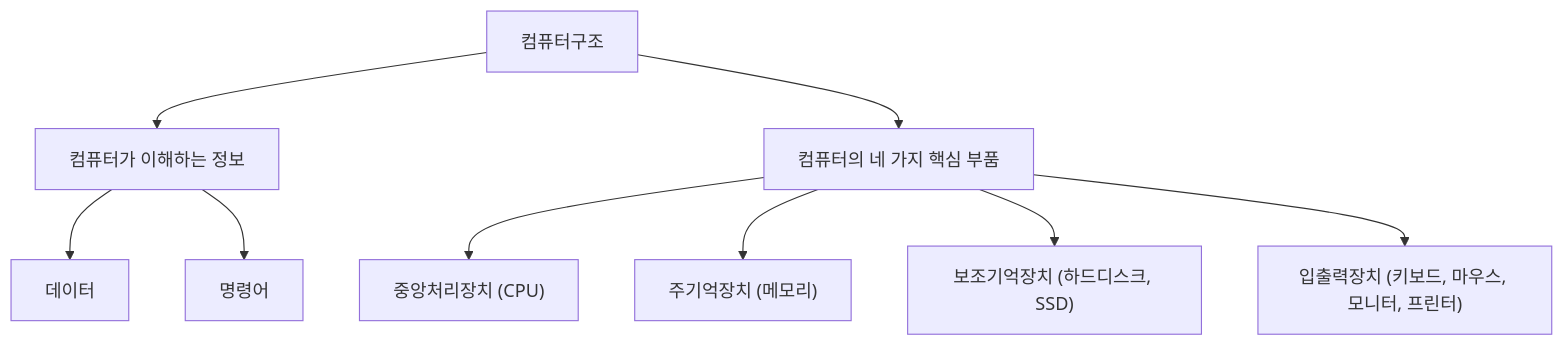
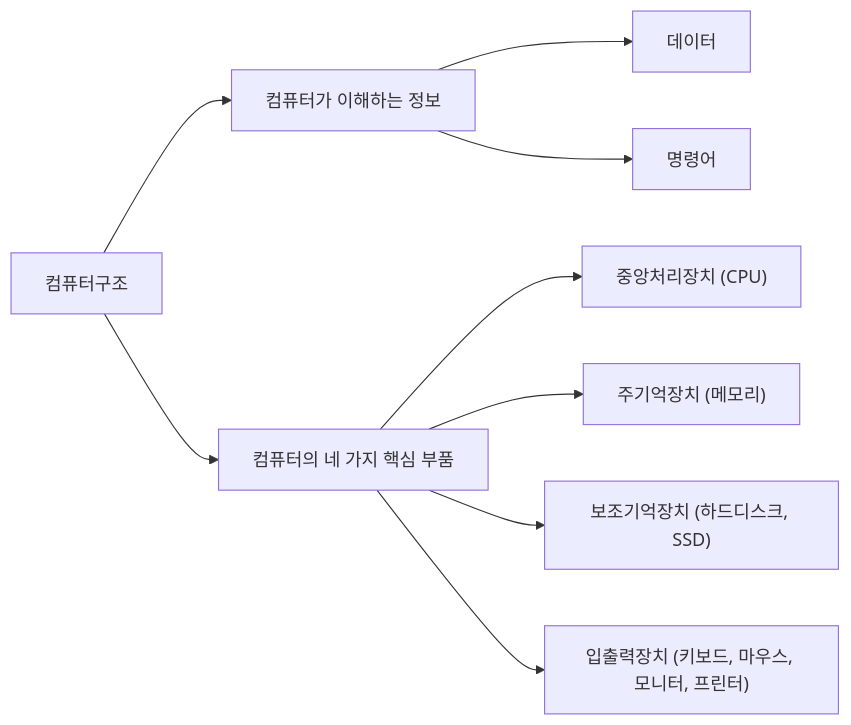
Before and after one commit to Hosung99/CSStudy: the third of 3 diagrams in CA/Chapter1/sungho.md, drawn with Mermaid. The commit also changed other lines of this file, not shown here.

````diff
--- a/CA/Chapter1/sungho.md
+++ b/CA/Chapter1/sungho.md
@@ -52,11 +52,11 @@
 ```mermaid
-graph TD
+graph LR
     A[컴퓨터구조]-->B[컴퓨터가 이해하는 정보]
 	B-->D[데이터]
 	B-->E[명령어]
     A-->C[컴퓨터의 네 가지 핵심 부품]
     C-->F["중앙처리장치 (CPU)"]
     C-->G["주기억장치 (메모리)"]
     C-->H["보조기억장치 (하드디스크, SSD)"]
     C-->I["입출력장치 (키보드, 마우스, 모니터, 프린터)"]
 ```
````
